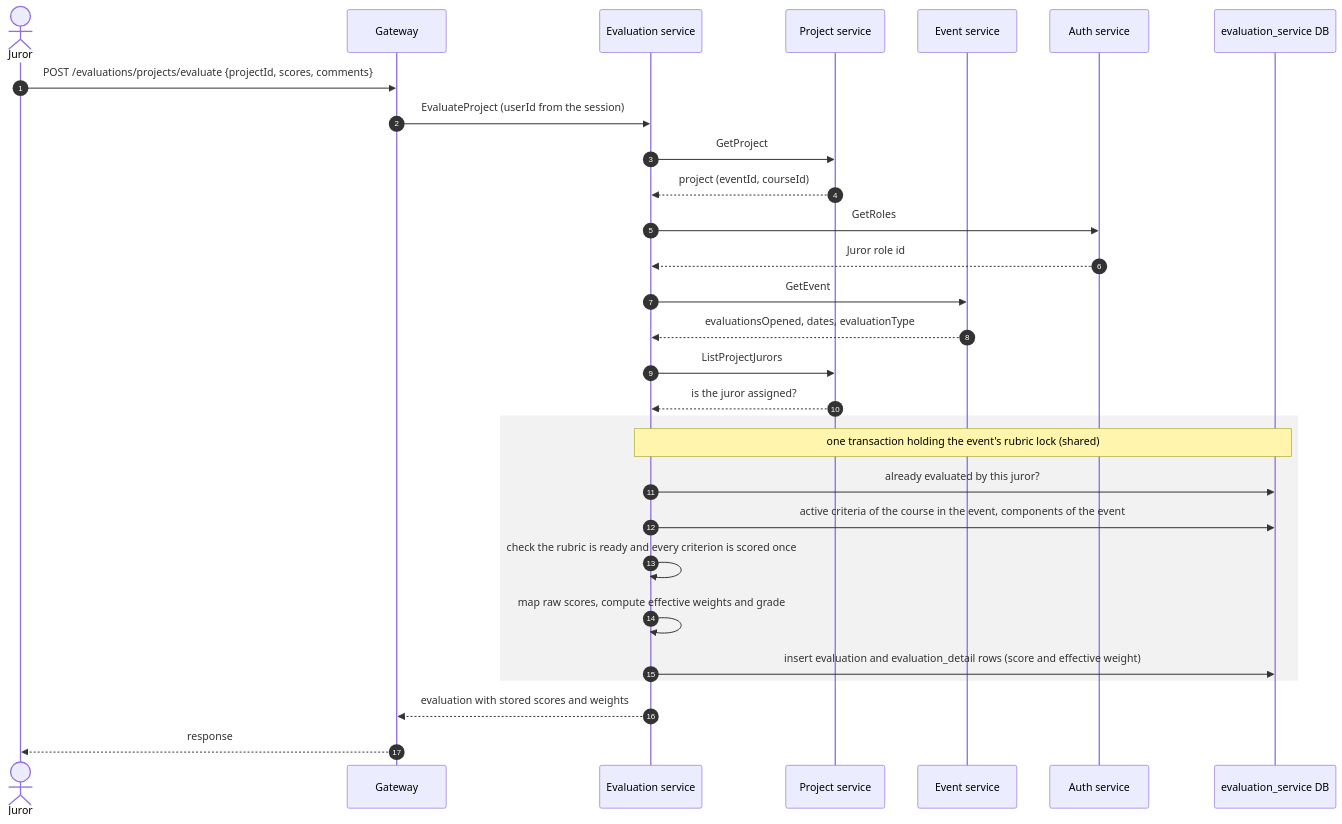
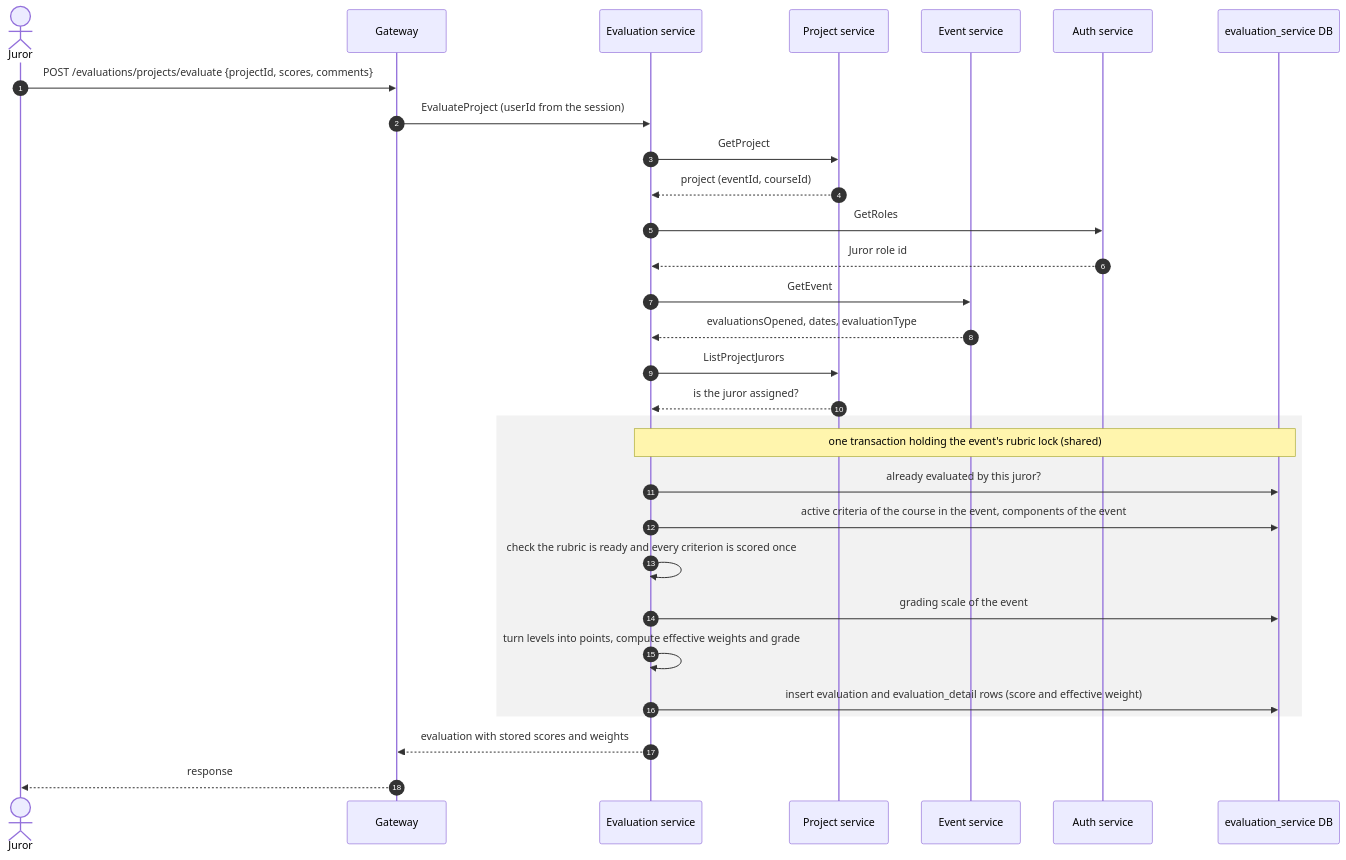
One commit to PCPI-UN/Iris changed the diagram in docs/evaluation-service/README.md. Above: the diagram before and after it, drawn with Mermaid. The commit also changed other lines of this file and 49 other files, not shown here.

First line of the commit message:
[CU-1dfnv12c629]: grade evaluations with the event's grading scale

````diff
--- a/docs/evaluation-service/README.md
+++ b/docs/evaluation-service/README.md
@@ -75,32 +96,33 @@
 ```mermaid
 sequenceDiagram
     autonumber
     actor J as Juror
     participant GW as Gateway
     participant EV as Evaluation service
     participant P as Project service
     participant E as Event service
     participant A as Auth service
     participant DB as evaluation_service DB
 
     J->>GW: POST /evaluations/projects/evaluate {projectId, scores, comments}
     GW->>EV: EvaluateProject (userId from the session)
     EV->>P: GetProject
     P-->>EV: project (eventId, courseId)
     EV->>A: GetRoles
     A-->>EV: Juror role id
     EV->>E: GetEvent
     E-->>EV: evaluationsOpened, dates, evaluationType
     EV->>P: ListProjectJurors
     P-->>EV: is the juror assigned?
     rect rgba(128, 128, 128, 0.1)
         Note over EV,DB: one transaction holding the event's rubric lock (shared)
         EV->>DB: already evaluated by this juror?
         EV->>DB: active criteria of the course in the event, components of the event
         EV->>EV: check the rubric is ready and every criterion is scored once
-        EV->>EV: map raw scores, compute effective weights and grade
+        EV->>DB: grading scale of the event
+        EV->>EV: turn levels into points, compute effective weights and grade
         EV->>DB: insert evaluation and evaluation_detail rows (score and effective weight)
     end
     EV-->>GW: evaluation with stored scores and weights
     GW-->>J: response
 ```
````
